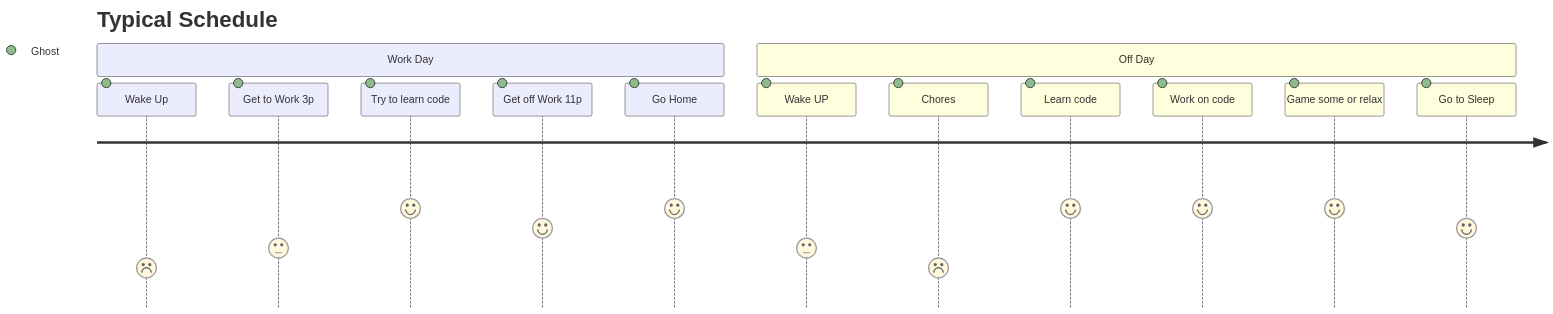
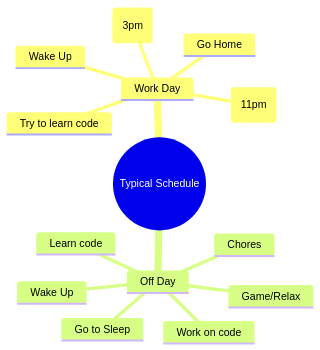
The diagram in README.md (Ghostridr/Ghostridr), drawn with Mermaid before and after one commit. The commit also changed other lines of this file and 4 other files, not shown here.

````diff
--- a/README.md
+++ b/README.md
@@ -37,17 +122,17 @@
 ```mermaid
-journey
-    title Typical Schedule
-    section Work Day
-        Wake Up: 2: Ghost
-        Get to Work 3p: 3: Ghost
-        Try to learn code: 5: Ghost
-        Get off Work 11p: 4: Ghost
-        Go Home: 5: Ghost
-    section Off Day
-        Wake UP: 3: Ghost
-        Chores: 2: Ghost
-        Learn code: 5: Ghost
-        Work on code: 5: Ghost
-        Game some or relax: 5: Ghost
-        Go to Sleep: 4: Ghost
+mindmap
+  root((Typical Schedule))
+    Work Day
+      Wake Up
+      Get to Work (3pm)
+      Try to learn code
+      Get off Work (11pm)
+      Go Home
+    Off Day
+      Wake Up
+      Chores
+      Learn code
+      Work on code
+      Game/Relax
+      Go to Sleep
 ```
````
